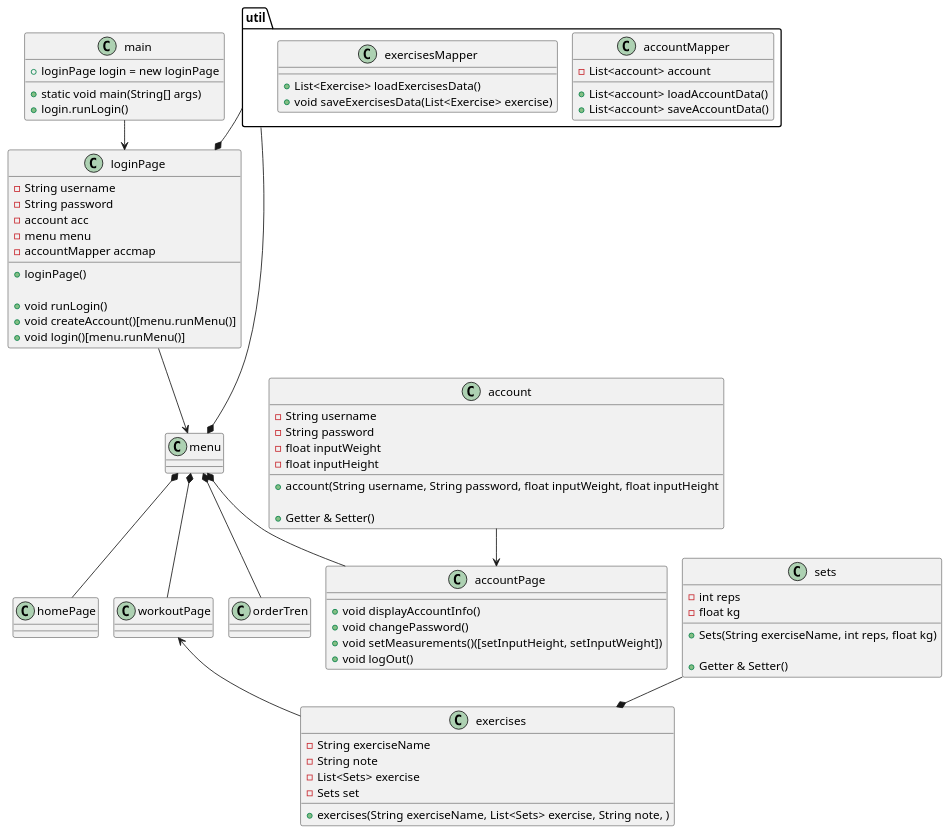
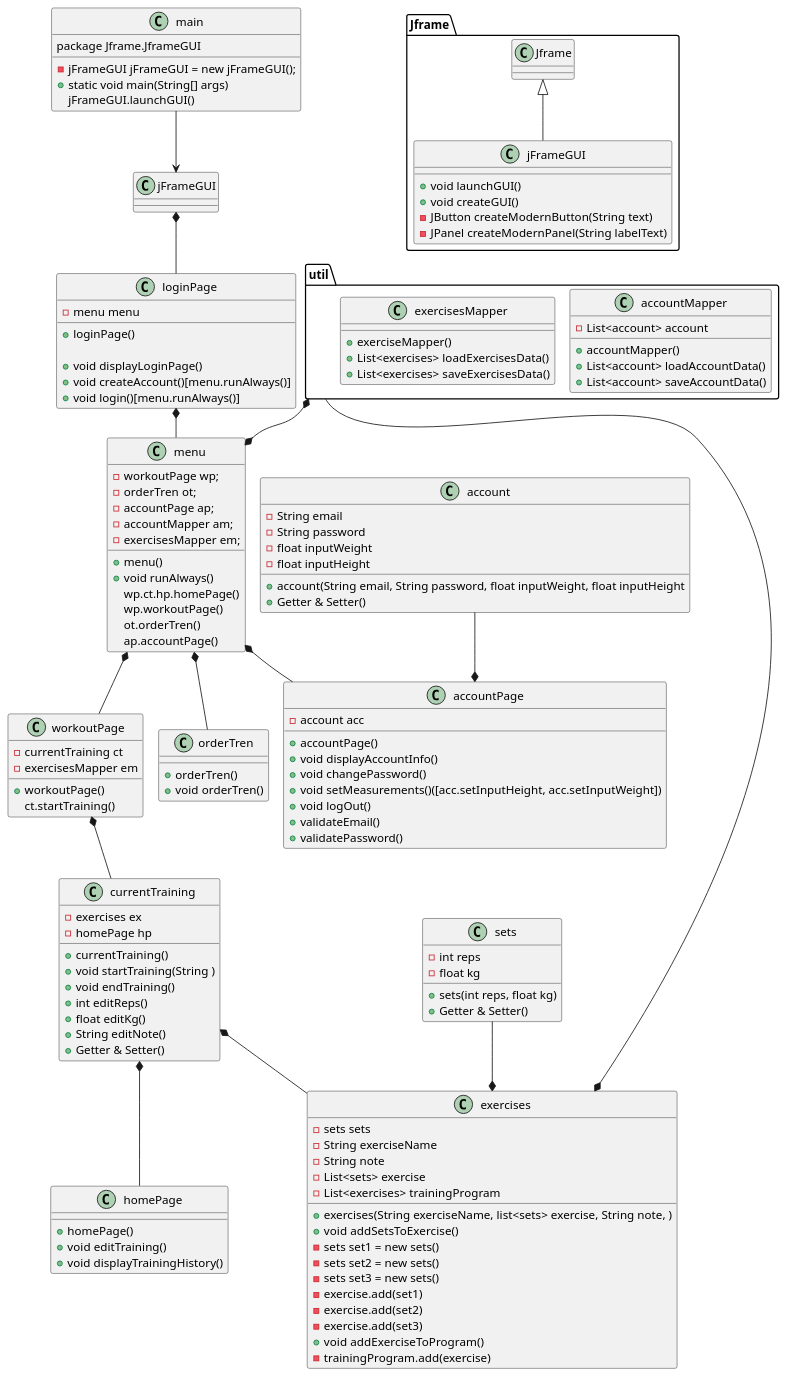
The diagram in src/doc/diagram/class_diagram_v0.puml (MarcusPFF/Trening-ICE-SEM1), drawn with PlantUML before and after one commit. The commit also changed 10 other files, not shown here.

```diff
--- a/src/doc/diagram/class_diagram_v0.puml
+++ b/src/doc/diagram/class_diagram_v0.puml
@@ -1,93 +1,163 @@
 @startuml
 !pragma layout smetana
 
-main --> loginPage
-loginPage --> menu
-menu *-- homePage
+main --> jFrameGUI
+jFrameGUI *-- loginPage
+loginPage *-- menu
+currentTraining *-- homePage
 menu *-- workoutPage
 menu *-- accountPage
 menu *-- orderTren
-account --> accountPage
-workoutPage <-- exercises
-"util" --* menu
-"util" --* loginPage
+account --* accountPage
+currentTraining *-- exercises
+"util" *--* menu
+"util" --* exercises
 sets --* exercises
 
 class main {
+package Jframe.JframeGUI
+- jFrameGUI jFrameGUI = new jFrameGUI();
 + static void main(String[] args)
-+ loginPage login = new loginPage
-+ login.runLogin()
+jFrameGUI.launchGUI()
+
+
+
+}
+package Jframe{
+class jFrameGUI extends Jframe  {
++ void launchGUI()
++ void createGUI()
+- JButton createModernButton(String text)
+- JPanel createModernPanel(String labelText)
+}
 }
 
 class loginPage {
-- String username
-- String password
-- account acc
 - menu menu
-- accountMapper accmap
 
 ' Constructor
 + loginPage()
 
 ' Metoder
-+ void runLogin()
-+ void createAccount()[menu.runMenu()]
-+ void login()[menu.runMenu()]
++ void displayLoginPage()
++ void createAccount()[menu.runAlways()]
++ void login()[menu.runAlways()]
 
 }
-class menu
-class homePage
-class workoutPage
+class menu {
+- workoutPage wp;
+- orderTren ot;
+- accountPage ap;
+- accountMapper am;
+- exercisesMapper em;
++ menu()
++ void runAlways()
+ wp.ct.hp.homePage()
+ wp.workoutPage()
+ ot.orderTren()
+ ap.accountPage()
+
+
+}
+class homePage {
++ homePage()
++ void editTraining()
++ void displayTrainingHistory()
+}
+class workoutPage {
+- currentTraining ct
+- exercisesMapper em
++ workoutPage()
+ct.startTraining()
+
+}
+
+workoutPage *-- currentTraining
+
+class currentTraining{
+- exercises ex
+- homePage hp
++ currentTraining()
++ void startTraining(String )
++ void endTraining()
++ int editReps()
++ float editKg()
++ String editNote()
++ Getter & Setter()
+}
+
 class accountPage {
-
+- account acc
++ accountPage()
 + void displayAccountInfo()
 + void changePassword()
-+ void setMeasurements()([setInputHeight, setInputWeight])
++ void setMeasurements()([acc.setInputHeight, acc.setInputWeight])
 + void logOut()
++ validateEmail()
++ validatePassword()
 
 }
-class orderTren
+class orderTren {
++ orderTren()
++ void orderTren()
+
+}
 class exercises {
+- sets sets
++ exercises(String exerciseName, list<sets> exercise, String note, )
 - String exerciseName
 - String note
-- List<Sets> exercise
-- Sets set
+- List<sets> exercise
+- List<exercises> trainingProgram
 
-+ exercises(String exerciseName, List<Sets> exercise, String note, )
+
++ void addSetsToExercise()
+- sets set1 = new sets()
+- sets set2 = new sets()
+- sets set3 = new sets()
+- exercise.add(set1)
+- exercise.add(set2)
+- exercise.add(set3)
++ void addExerciseToProgram()
+- trainingProgram.add(exercise)
+
+
+
+
 
 }
 
 class account {
-- String username
+- String email
 - String password
 - float inputWeight
 - float inputHeight
 
-+ account(String username, String password, float inputWeight, float inputHeight
-
++ account(String email, String password, float inputWeight, float inputHeight
 + Getter & Setter()
 
 }
 class sets {
 - int reps
 - float kg
 
-+ Sets(String exerciseName, int reps, float kg)
-
++ sets(int reps, float kg)
 + Getter & Setter()
 }
 
 package "util" {
 class accountMapper {
++ accountMapper()
 - List<account> account
 
 +List<account> loadAccountData()
 +List<account> saveAccountData()
 }
 
 class exercisesMapper {
-+ List<Exercise> loadExercisesData()
-+ void saveExercisesData(List<Exercise> exercise)
++ exerciseMapper()
++ List<exercises> loadExercisesData()
++ List<exercises> saveExercisesData()
 }
 }
 @enduml
```
